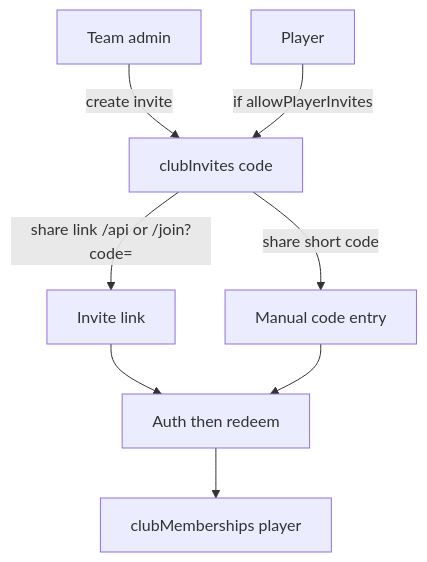
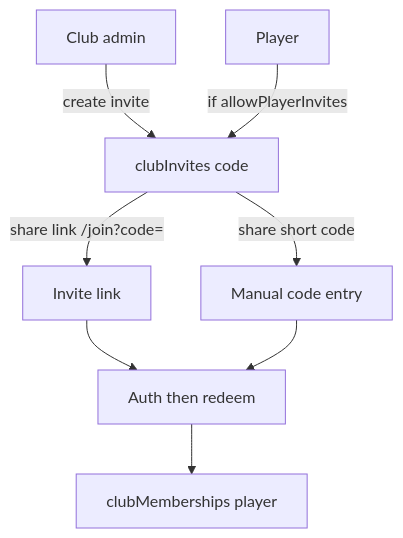
One commit to orkunozekin/soccer-team-builder changed the diagram in docs/features/white-label-clubs-feature-plan.md. Above: the diagram before and after it, drawn with Mermaid. The commit also changed other lines of this file, not shown here.

First line of the commit message:
Revise white-label plan: club_admin naming and auth section.

````diff
--- a/docs/features/white-label-clubs-feature-plan.md
+++ b/docs/features/white-label-clubs-feature-plan.md
@@ -129,10 +188,10 @@
 ```mermaid
 flowchart TD
-  TA[Team admin] -->|create invite| Inv[clubInvites code]
+  CA[Club admin] -->|create invite| Inv[clubInvites code]
   P[Player] -->|if allowPlayerInvites| Inv
-  Inv -->|share link /api or /join?code=| Link[Invite link]
+  Inv -->|share link /join?code=| Link[Invite link]
   Inv -->|share short code| Code[Manual code entry]
   Link --> Redeem[Auth then redeem]
   Code --> Redeem
   Redeem --> Mem[clubMemberships player]
 ```
````
